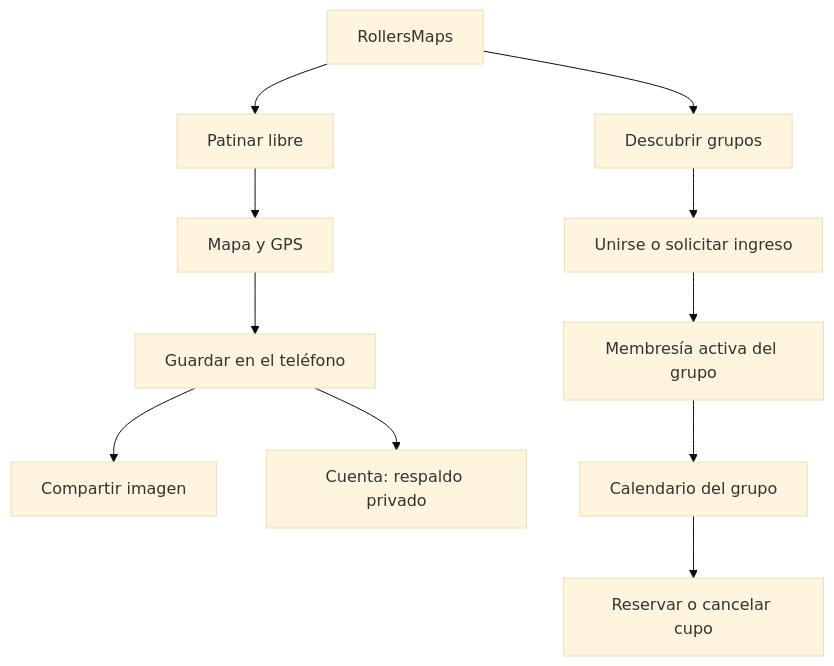
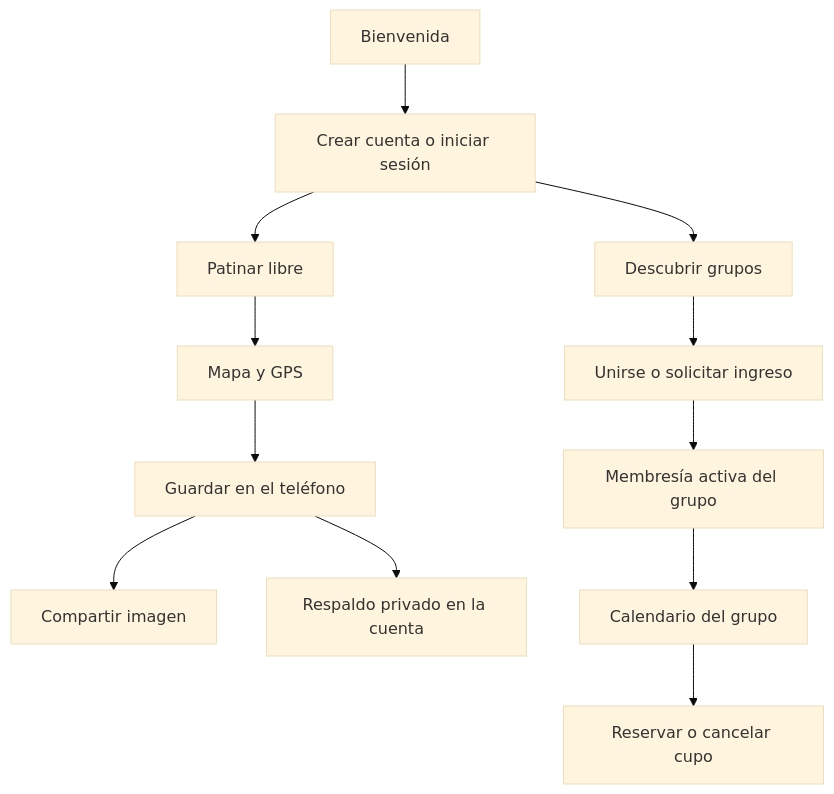
One commit to msalinasdiaz/RollersMaps- changed the diagram in docs/PLAN-1.4.0.md. Above: the diagram before and after it, drawn with Mermaid (base theme). The commit also changed other lines of this file and 21 other files, not shown here.

````diff
--- a/docs/PLAN-1.4.0.md
+++ b/docs/PLAN-1.4.0.md
@@ -16,13 +17,14 @@
 ```mermaid
 flowchart TD
-  A[RollersMaps] --> B[Patinar libre]
+  W[Bienvenida] --> A[Crear cuenta o iniciar sesión]
+  A --> B[Patinar libre]
   B --> C[Mapa y GPS]
   C --> D[Guardar en el teléfono]
   D --> E[Compartir imagen]
-  D --> F[Cuenta: respaldo privado]
+  D --> F[Respaldo privado en la cuenta]
   A --> G[Descubrir grupos]
   G --> H[Unirse o solicitar ingreso]
   H --> I[Membresía activa del grupo]
   I --> J[Calendario del grupo]
   J --> K[Reservar o cancelar cupo]
 ```
````
